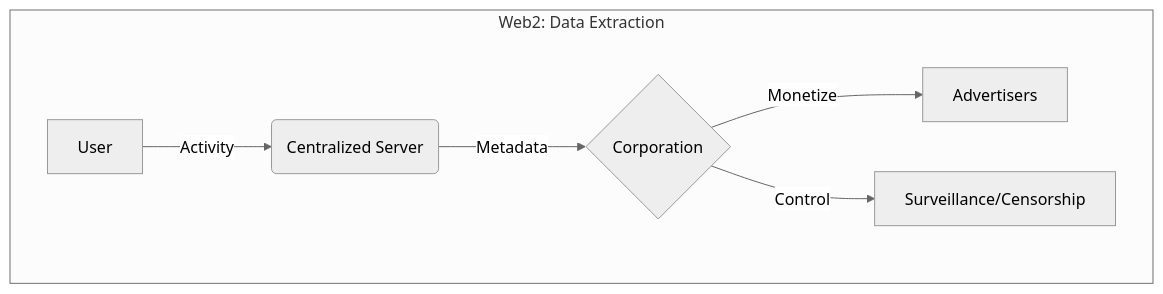
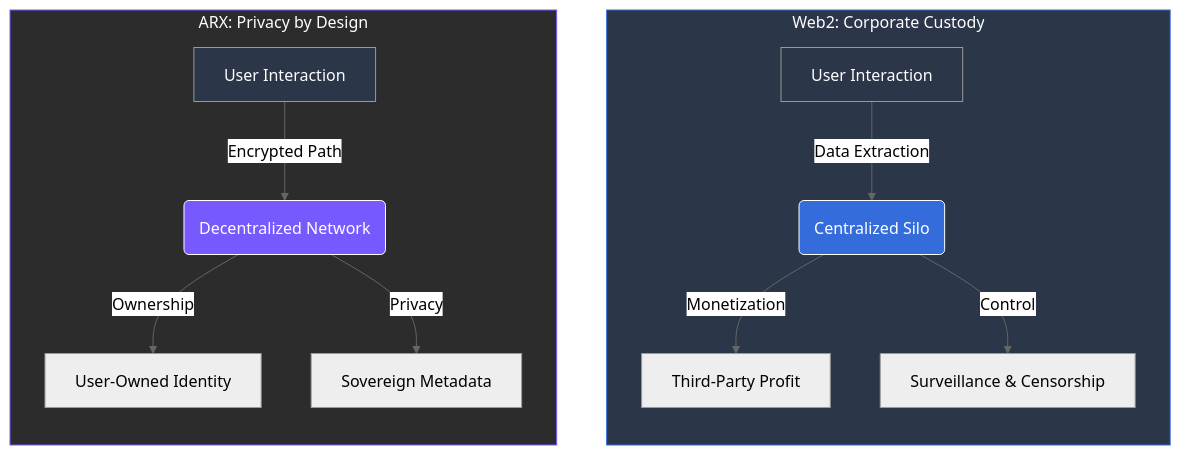
Before and after one commit to unusnullus/docs-xmtp-org: the diagram in gitbook/home/1-background-and-motivation/1.2-the-price-of-convenience.md, drawn with Mermaid (neutral theme). The commit also changed other lines of this file, not shown here.

Commit message:
Polishing

````diff
--- a/gitbook/home/1-background-and-motivation/1.2-the-price-of-convenience.md
+++ b/gitbook/home/1-background-and-motivation/1.2-the-price-of-convenience.md
@@ -24,9 +17,30 @@
 ```mermaid
 graph TD
-    subgraph Web2_Model [Web2: Data Extraction]
-    A[User] -->|Activity| B(Centralized Server)
-    B -->|Metadata| C{Corporation}
-    C -->|Monetize| D[Advertisers]
-    C -->|Control| E[Surveillance/Censorship]
+    %% Global Styling
+    accTitle: Web2 vs ARX Model
+    accDescr: Visualizing the shift from corporate data extraction to user sovereignty.
+
+    subgraph Web2_Extraction ["Web2: Corporate Custody"]
+        direction TB
+        A[User Interaction] -->|Data Extraction| B(Centralized Silo)
+        B -->|Monetization| C[Third-Party Profit]
+        B -->|Control| D[Surveillance & Censorship]
     end
+
+    subgraph ARX_Sovereignty ["ARX: Privacy by Design"]
+        direction TB
+        E[User Interaction] -->|Encrypted Path| F(Decentralized Network)
+        F -->|Ownership| G[User-Owned Identity]
+        F -->|Privacy| H[Sovereign Metadata]
+    end
+
+    %% Apply Palette
+    style Web2_Extraction fill:#2B3648,stroke:#346ddb,color:#fefeff
+    style ARX_Sovereignty fill:#2c2c2c,stroke:#7858ff,color:#fefeff
+    
+    style B fill:#346ddb,stroke:#fefeff,color:#fefeff
+    style F fill:#7858ff,stroke:#fefeff,color:#fefeff
+    
+    style A fill:#2B3648,color:#fefeff
+    style E fill:#2B3648,color:#fefeff
 ```
````
